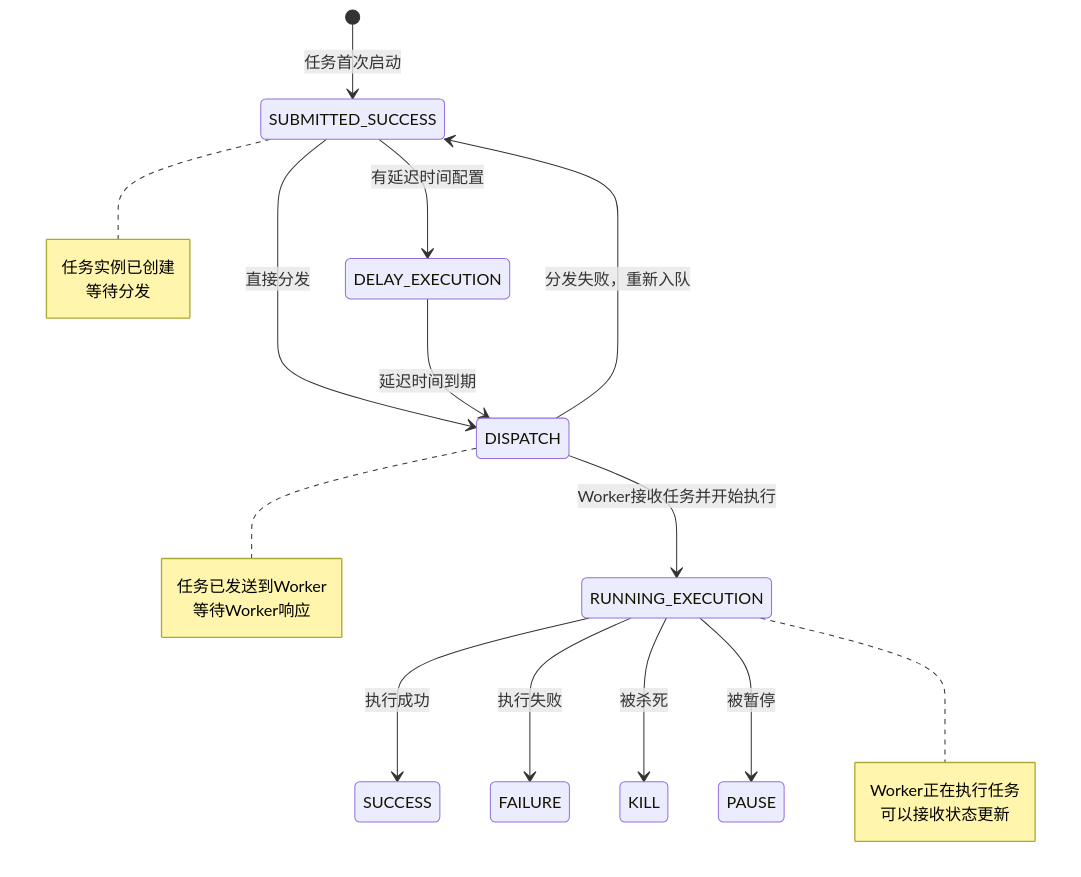
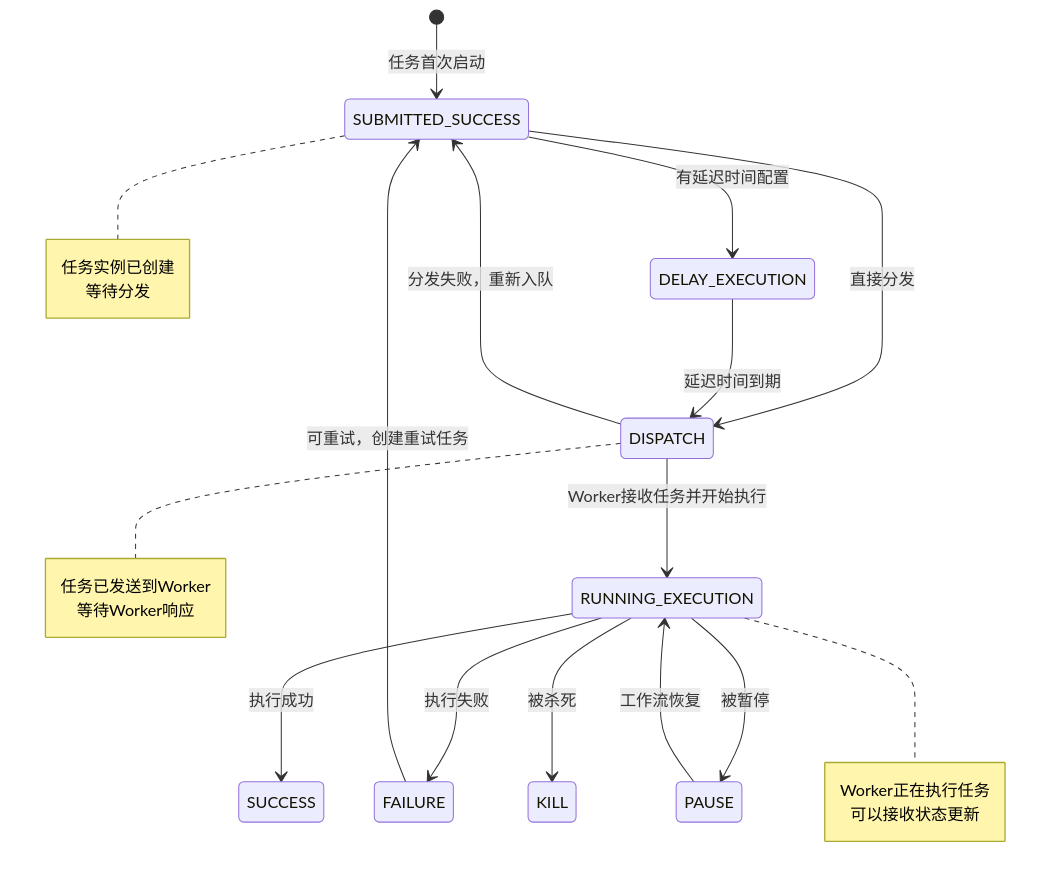
The fifth of 8 diagrams in dolphinscheduler-master/analyze/master启动/8-工作流引擎/8-2-3-开始处理任务.md (vanchan5/dolphinscheduler), drawn with Mermaid before and after one commit. The commit also changed other lines of this file, not shown here.

````diff
--- a/dolphinscheduler-master/analyze/master启动/8-工作流引擎/8-2-3-开始处理任务.md
+++ b/dolphinscheduler-master/analyze/master启动/8-工作流引擎/8-2-3-开始处理任务.md
@@ -630,32 +818,35 @@
 ```mermaid
 stateDiagram-v2
     [*] --> SUBMITTED_SUCCESS: 任务首次启动
     
     SUBMITTED_SUCCESS --> DELAY_EXECUTION: 有延迟时间配置
     SUBMITTED_SUCCESS --> DISPATCH: 直接分发
     
     DELAY_EXECUTION --> DISPATCH: 延迟时间到期
     
     DISPATCH --> RUNNING_EXECUTION: Worker接收任务并开始执行
     DISPATCH --> SUBMITTED_SUCCESS: 分发失败，重新入队
     
     RUNNING_EXECUTION --> SUCCESS: 执行成功
     RUNNING_EXECUTION --> FAILURE: 执行失败
     RUNNING_EXECUTION --> KILL: 被杀死
     RUNNING_EXECUTION --> PAUSE: 被暂停
     
+    FAILURE --> SUBMITTED_SUCCESS: 可重试，创建重试任务
+    PAUSE --> RUNNING_EXECUTION: 工作流恢复
+    
     note right of SUBMITTED_SUCCESS
         任务实例已创建
         等待分发
     end note
     
     note right of DISPATCH
         任务已发送到Worker
         等待Worker响应
     end note
     
     note right of RUNNING_EXECUTION
         Worker正在执行任务
         可以接收状态更新
     end note
 ```
````
